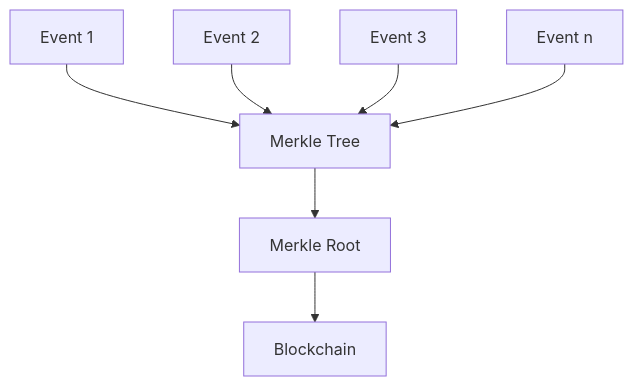
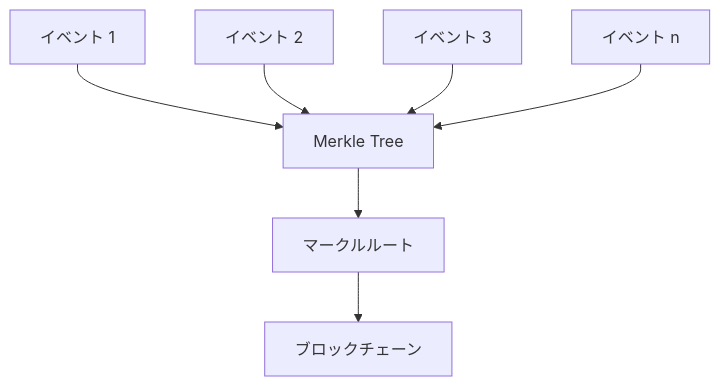
One commit to ShigeichiroYamasaki/creator-first-platform changed the eighth of 43 diagrams in docs/whitepaper/09-technology.md. Above: the diagram before and after it, drawn with Mermaid. The commit also changed other lines of this file and 72 other files, not shown here.

````diff
--- a/docs/whitepaper/09-technology.md
+++ b/docs/whitepaper/09-technology.md
@@ -334,15 +334,15 @@
 ```mermaid
 flowchart TD
-    E1[Event 1]
-    E2[Event 2]
-    E3[Event 3]
-    EN[Event n]
+    E1[イベント 1]
+    E2[イベント 2]
+    E3[イベント 3]
+    EN[イベント n]
 
     E1 --> TREE[Merkle Tree]
     E2 --> TREE
     E3 --> TREE
     EN --> TREE
 
-    TREE --> ROOT[Merkle Root]
-    ROOT --> CHAIN[Blockchain]
+    TREE --> ROOT[マークルルート]
+    ROOT --> CHAIN[ブロックチェーン]
 ```
````
